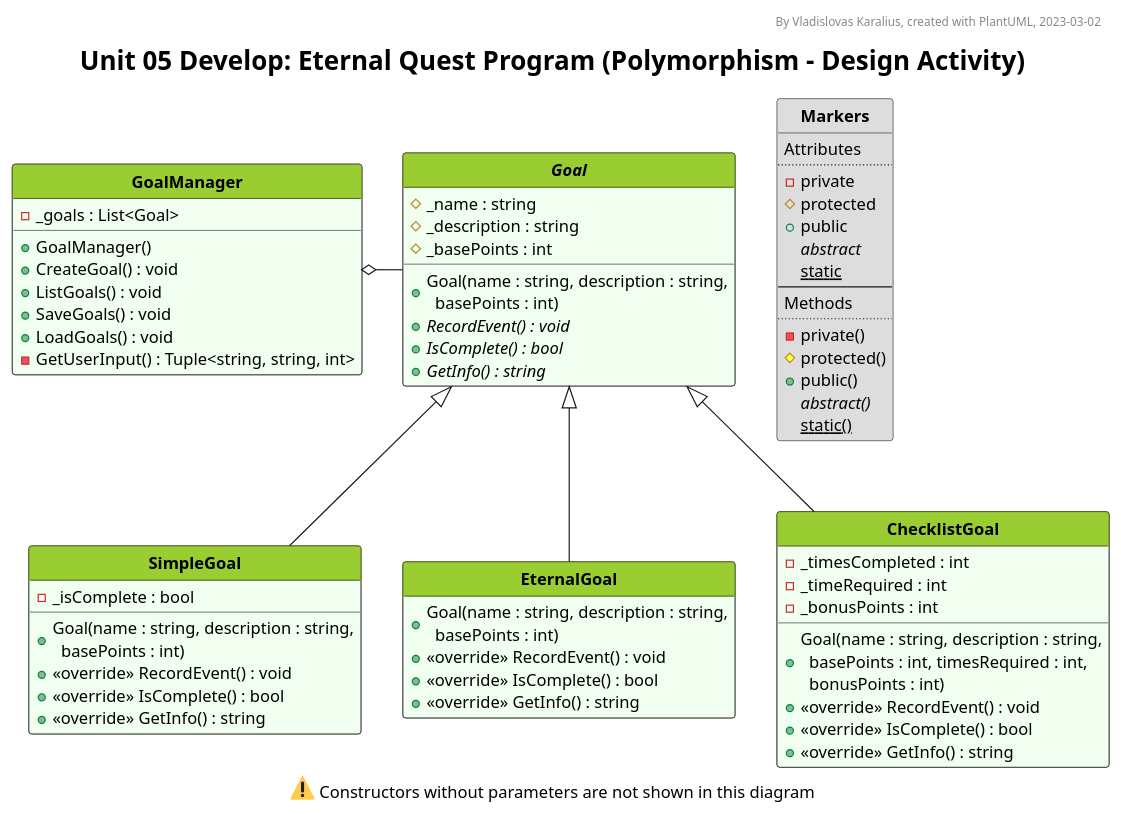
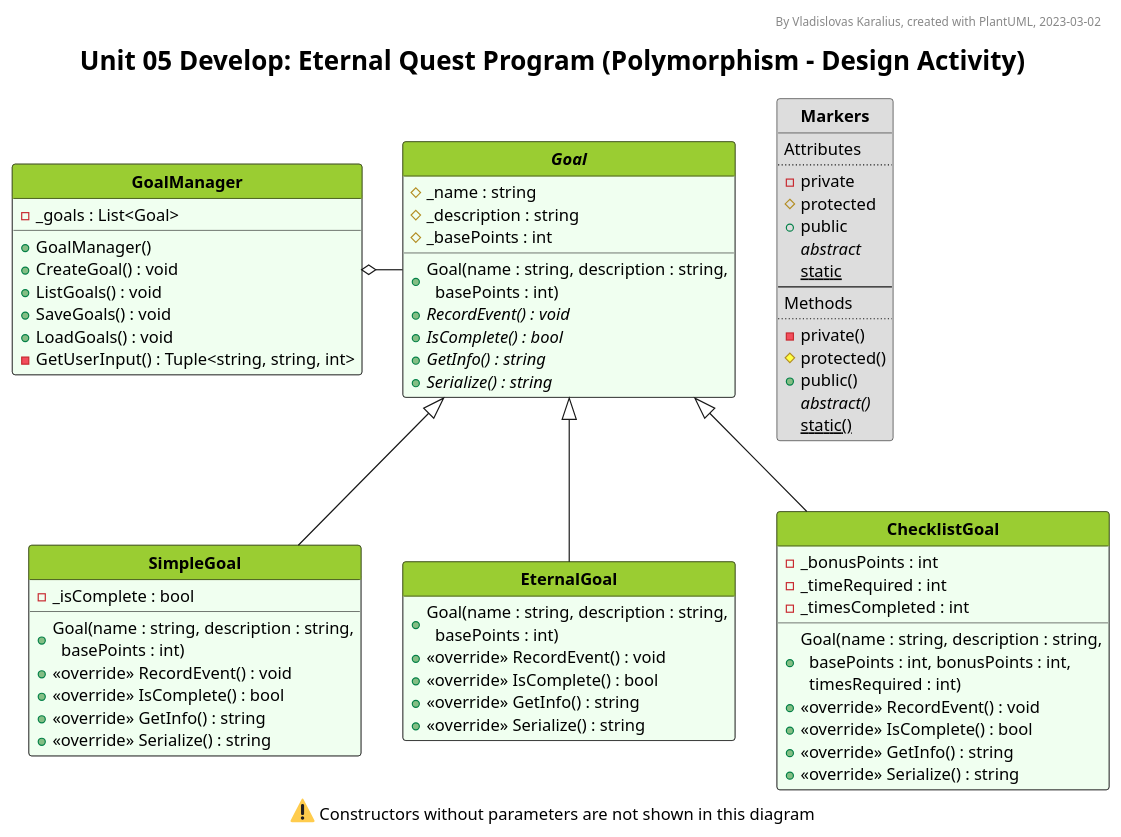
Before and after one commit to VladKaralius/cse210-projects: the diagram in prove/Develop05/UML_diagram.pu, drawn with PlantUML. The commit also changed 5 other files, not shown here.

```diff
--- a/prove/Develop05/UML_diagram.pu
+++ b/prove/Develop05/UML_diagram.pu
@@ -88,6 +88,7 @@
   + {abstract} RecordEvent() : void
   + {abstract} IsComplete() : bool
   + {abstract} GetInfo() : string
+  + {abstract} Serialize() : string
 }
 
 class SimpleGoal extends Goal {
@@ -96,6 +97,7 @@
   + <<override>> RecordEvent() : void
   + <<override>> IsComplete() : bool
   + <<override>> GetInfo() : string
+  + <<override>> Serialize() : string
 }
 
 class EternalGoal extends Goal {
@@ -103,16 +105,18 @@
   + <<override>> RecordEvent() : void
   + <<override>> IsComplete() : bool
   + <<override>> GetInfo() : string
+  + <<override>> Serialize() : string
 }
 
 class ChecklistGoal extends Goal {
+  - _bonusPoints : int
+  - _timeRequired : int
   - _timesCompleted : int
-  - _timeRequired : int
-  - _bonusPoints : int
-  + Goal(name : string, description : string,\n  basePoints : int, timesRequired : int,\n  bonusPoints : int)
+  + Goal(name : string, description : string,\n  basePoints : int, bonusPoints : int,\n  timesRequired : int)
   + <<override>> RecordEvent() : void
   + <<override>> IsComplete() : bool
   + <<override>> GetInfo() : string
+  + <<override>> Serialize() : string
 }
 
 ' class BreathingActivity {
```
